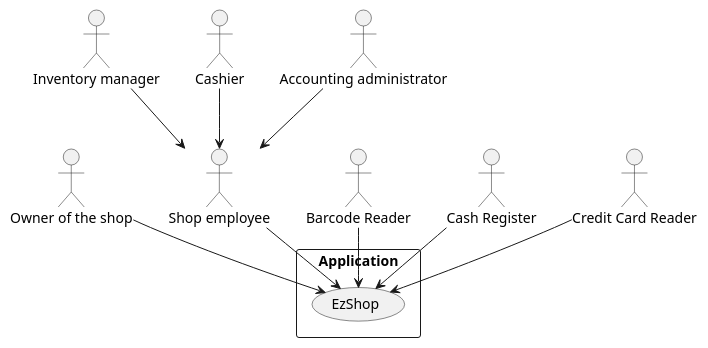
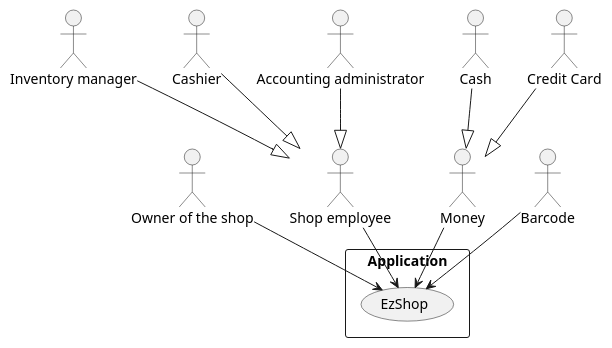
Before and after one commit to b3xul/ezshop: the first of 4 diagrams in Deliverables/RequirementsDocument.md, drawn with PlantUML. The commit also changed other lines of this file and 1 other file, not shown here.

````diff
--- a/Deliverables/RequirementsDocument.md
+++ b/Deliverables/RequirementsDocument.md
@@ -73,19 +70,21 @@
 ```plantuml
 @startuml
 rectangle Application {
     (EzShop)
 }
 
 :Owner of the shop: --> (EzShop)
 
 :Shop employee: --> (EzShop)
-:Inventory manager: --> :Shop employee:
-:Cashier: --> :Shop employee:
-:Accounting administrator: --> :Shop employee:
+:Inventory manager: --|> :Shop employee:
+:Cashier: --|> :Shop employee:
+:Accounting administrator: --|> :Shop employee:
 
-:Barcode Reader:-->(EzShop)
-:Cash Register:-->(EzShop)
-:Credit Card Reader:-->(EzShop)
+:Money:-->(EzShop)
+:Cash:--|>:Money:
+:Credit Card:--|>:Money:
+
+:Barcode:-->(EzShop)
 
 @enduml
 ```
````
